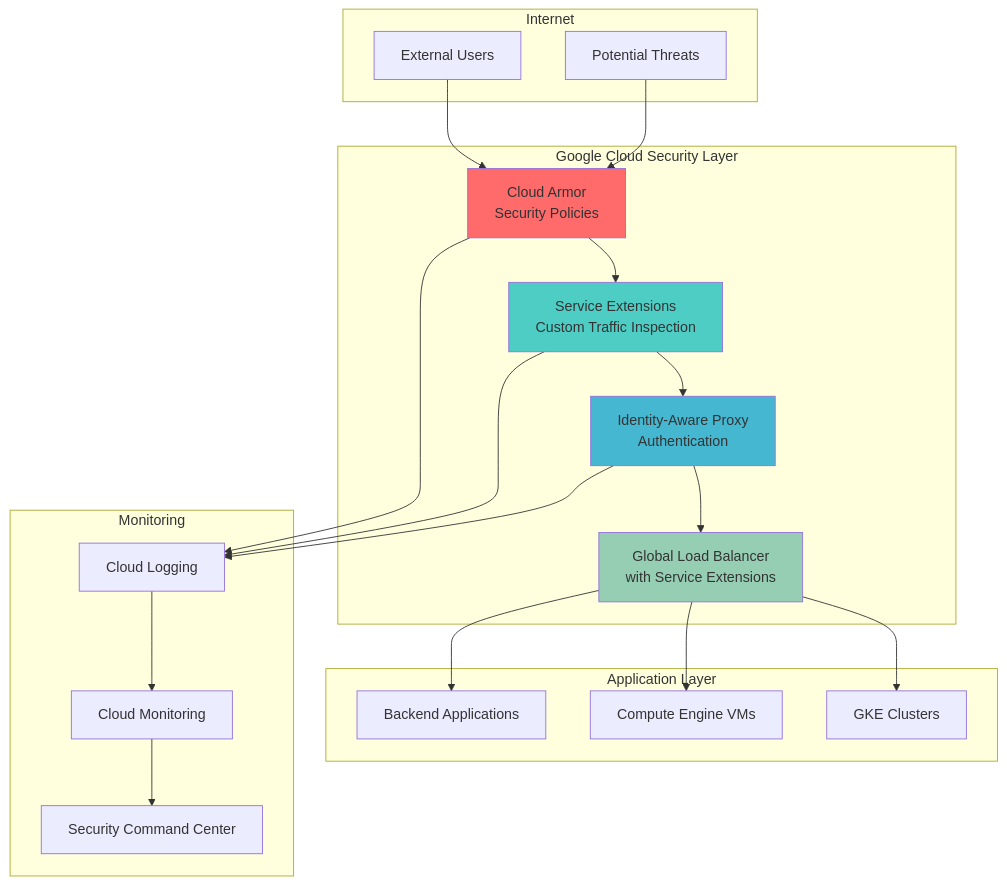
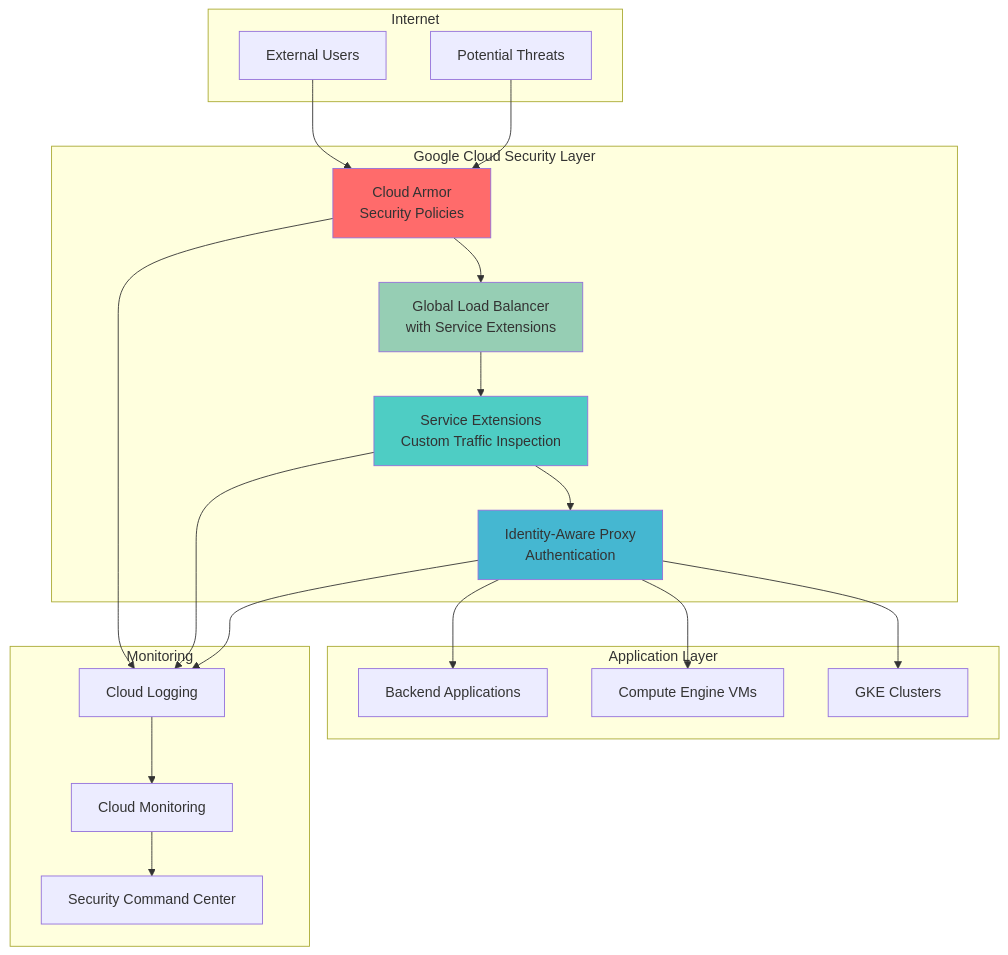
One commit to mzazon/awesome-cloud-projects changed the diagram in gcp/zero-trust-network-security-service-extensions-armor/zero-trust-network-security-service-extensions-armor.md. Above: the diagram before and after it, drawn with Mermaid. The commit also changed other lines of this file and 5581 other files, not shown here.

````diff
--- a/gcp/zero-trust-network-security-service-extensions-armor/zero-trust-network-security-service-extensions-armor.md
+++ b/gcp/zero-trust-network-security-service-extensions-armor/zero-trust-network-security-service-extensions-armor.md
@@ -30,46 +30,46 @@
 ```mermaid
 graph TB
     subgraph "Internet"
         USER[External Users]
         ATTACKER[Potential Threats]
     end
     
     subgraph "Google Cloud Security Layer"
+        CA[Cloud Armor<br/>Security Policies]
         LB[Global Load Balancer<br/>with Service Extensions]
-        CA[Cloud Armor<br/>Security Policies]
+        SE[Service Extensions<br/>Custom Traffic Inspection]
         IAP[Identity-Aware Proxy<br/>Authentication]
-        SE[Service Extensions<br/>Custom Traffic Inspection]
     end
     
     subgraph "Application Layer"
         APP[Backend Applications]
         VM[Compute Engine VMs]
         GKE[GKE Clusters]
     end
     
     subgraph "Monitoring"
         CL[Cloud Logging]
         CM[Cloud Monitoring]
         SC[Security Command Center]
     end
     
     USER --> CA
     ATTACKER --> CA
-    CA --> SE
+    CA --> LB
+    LB --> SE
     SE --> IAP
-    IAP --> LB
-    LB --> APP
-    LB --> VM
-    LB --> GKE
+    IAP --> APP
+    IAP --> VM
+    IAP --> GKE
     
     CA --> CL
     SE --> CL
     IAP --> CL
     CL --> CM
     CM --> SC
     
     style CA fill:#FF6B6B
     style SE fill:#4ECDC4
     style IAP fill:#45B7D1
     style LB fill:#96CEB4
 ```
````
